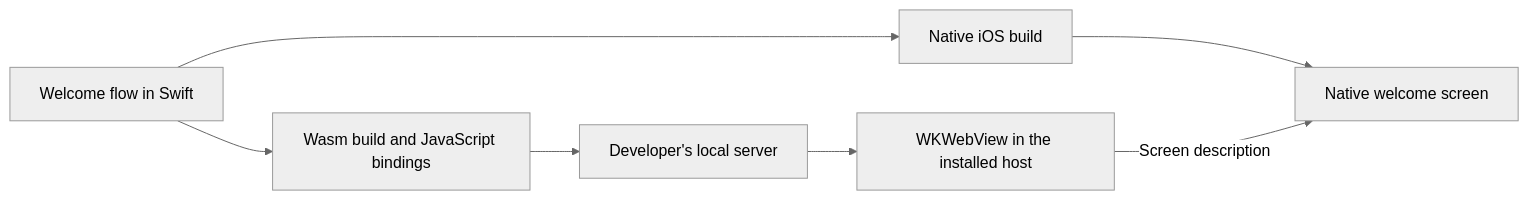
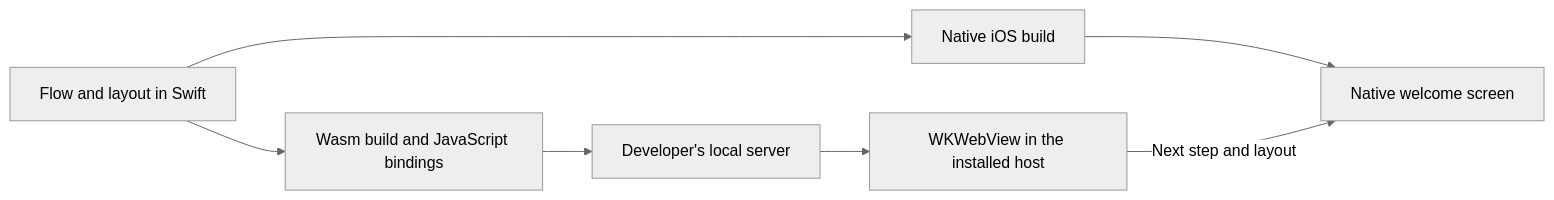
One commit to kyleve/Stuff changed the diagram in Plans/2026-11-20-swift-feature-delivery/01-device-experiment.md. Above: the diagram before and after it, drawn with Mermaid (neutral theme). The commit also changed other lines of this file and 2 other files, not shown here.

Commit message:
docs(plans): cover updates across the whole Swift app

````diff
--- a/Plans/2026-11-20-swift-feature-delivery/01-device-experiment.md
+++ b/Plans/2026-11-20-swift-feature-delivery/01-device-experiment.md
@@ -9,9 +9,9 @@
 ```mermaid
 flowchart LR
-    S["Welcome flow in Swift"] --> N["Native iOS build"]
+    S["Flow and layout in Swift"] --> N["Native iOS build"]
     S --> W["Wasm build and JavaScript bindings"]
     W --> D["Developer's local server"]
     D --> K["WKWebView in the installed host"]
     N --> V["Native welcome screen"]
-    K -->|Screen description| V
+    K -->|Next step and layout| V
 ```
````
